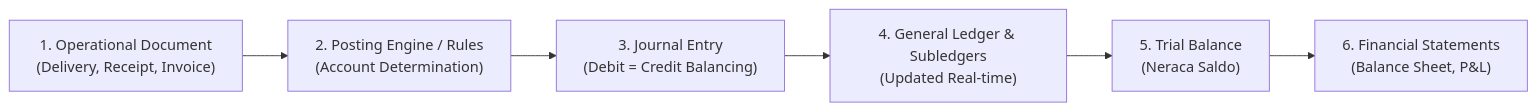
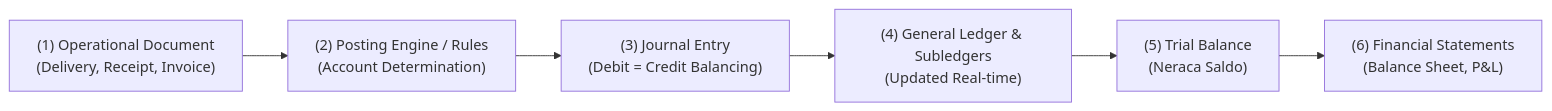
Before and after one commit to alimurrofid/erp-notes: the second of 2 diagrams in content/02-accounting/accounting-fundamentals.md, drawn with Mermaid. The commit also changed other lines of this file and 132 other files, not shown here.

````diff
--- a/content/02-accounting/accounting-fundamentals.md
+++ b/content/02-accounting/accounting-fundamentals.md
@@ -100,9 +100,9 @@
 ```mermaid
 flowchart LR
-    Doc["1. Operational Document<br/>(Delivery, Receipt, Invoice)"]
-    --> Rule["2. Posting Engine / Rules<br/>(Account Determination)"]
-    --> JE["3. Journal Entry<br/>(Debit = Credit Balancing)"]
-    --> GL["4. General Ledger & Subledgers<br/>(Updated Real-time)"]
-    --> TB["5. Trial Balance<br/>(Neraca Saldo)"]
-    --> FS["6. Financial Statements<br/>(Balance Sheet, P&L)"]
+    Doc["(1) Operational Document<br/>(Delivery, Receipt, Invoice)"]
+    --> Rule["(2) Posting Engine / Rules<br/>(Account Determination)"]
+    --> JE["(3) Journal Entry<br/>(Debit = Credit Balancing)"]
+    --> GL["(4) General Ledger & Subledgers<br/>(Updated Real-time)"]
+    --> TB["(5) Trial Balance<br/>(Neraca Saldo)"]
+    --> FS["(6) Financial Statements<br/>(Balance Sheet, P&L)"]
 ```
````
